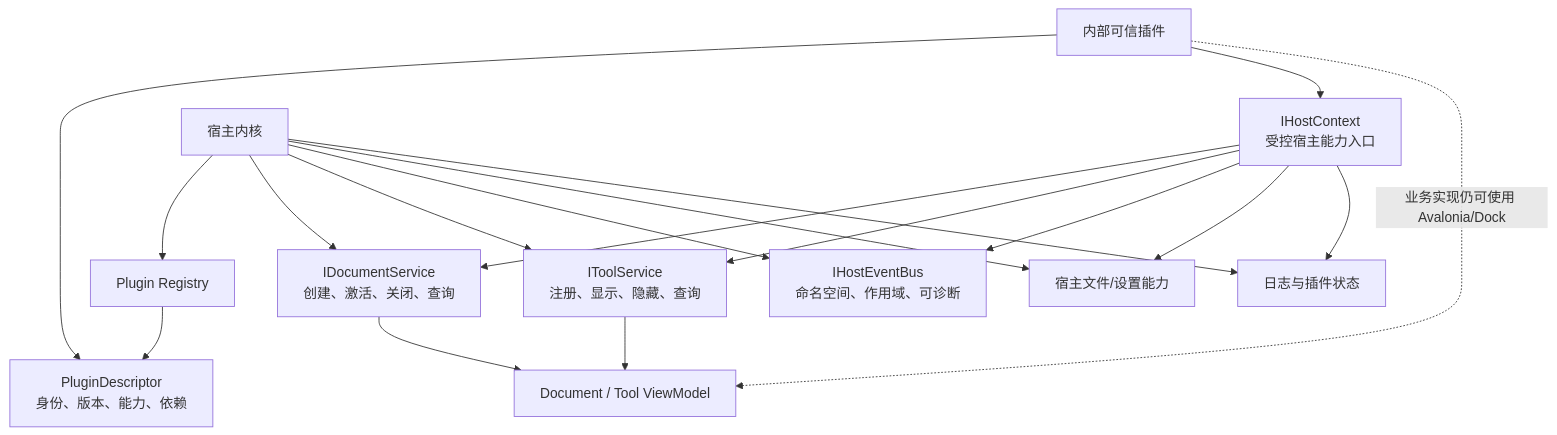
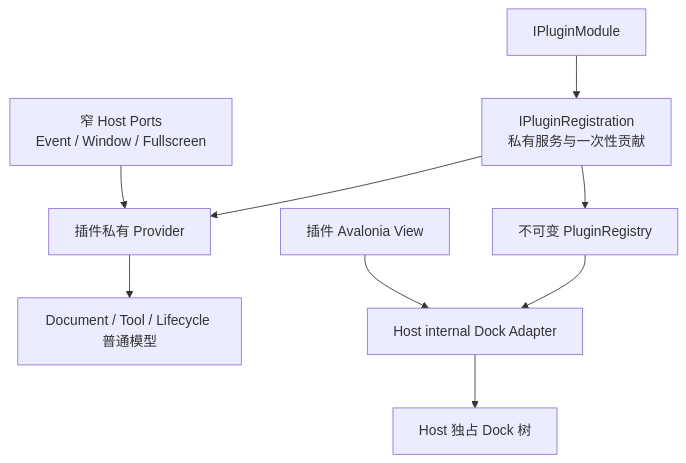
Before and after one commit to crownclowngx/avalonia_dock_simple_test: the fifth of 5 diagrams in docs/design/host-plugin-architecture-review.md, drawn with Mermaid. The commit also changed other lines of this file and 52 other files, not shown here.

First line of the commit message:
release(host): 完成 G14 Managed Plugin V2 封板

````diff
--- a/docs/design/host-plugin-architecture-review.md
+++ b/docs/design/host-plugin-architecture-review.md
@@ -471,27 +479,11 @@
 ```mermaid
 flowchart TB
-    Plugin["内部可信插件"]
-    Descriptor["PluginDescriptor<br/>身份、版本、能力、依赖"]
-    Context["IHostContext<br/>受控宿主能力入口"]
-
-    Plugin --> Descriptor
-    Plugin --> Context
-
-    Context --> Docs["IDocumentService<br/>创建、激活、关闭、查询"]
-    Context --> Tools["IToolService<br/>注册、显示、隐藏、查询"]
-    Context --> Events["IHostEventBus<br/>命名空间、作用域、可诊断"]
-    Context --> Storage["宿主文件/设置能力"]
-    Context --> Diagnostics["日志与插件状态"]
-
-    Host["宿主内核"] --> Registry["Plugin Registry"]
-    Registry --> Descriptor
-    Host --> Docs
-    Host --> Tools
-    Host --> Events
-    Host --> Storage
-    Host --> Diagnostics
-
-    Plugin -. "业务实现仍可使用 Avalonia/Dock" .-> UI["Document / Tool ViewModel"]
-    Docs --> UI
-    Tools --> UI
+    Module["IPluginModule"] --> Registration["IPluginRegistration<br/>私有服务与一次性贡献"]
+    Registration --> Provider["插件私有 Provider"]
+    Registration --> Registry["不可变 PluginRegistry"]
+    Provider --> Models["Document / Tool / Lifecycle 普通模型"]
+    Registry --> Adapters["Host internal Dock Adapter"]
+    Ports["窄 Host Ports<br/>Event / Window / Fullscreen"] --> Provider
+    Adapters --> Dock["Host 独占 Dock 树"]
+    Views["插件 Avalonia View"] --> Adapters
 ```
````
